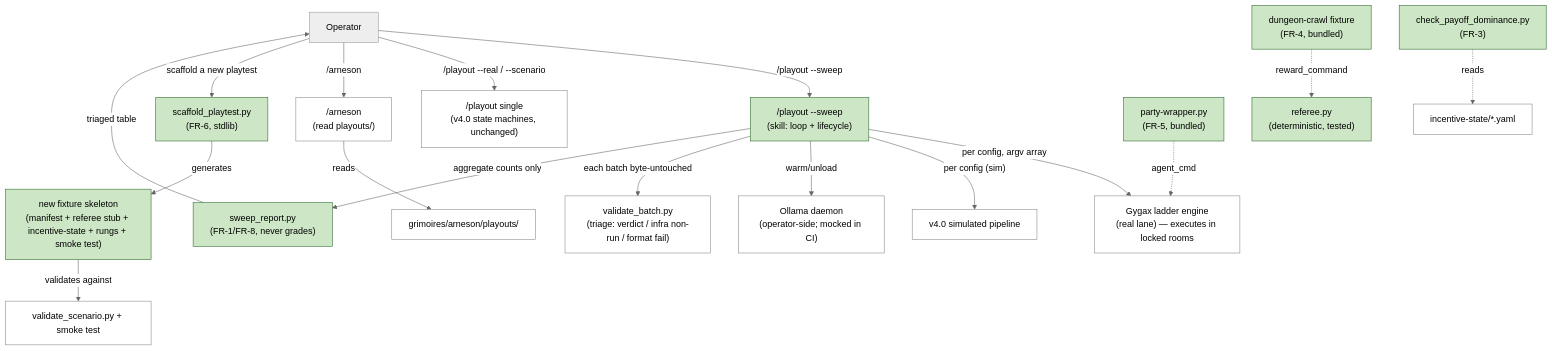
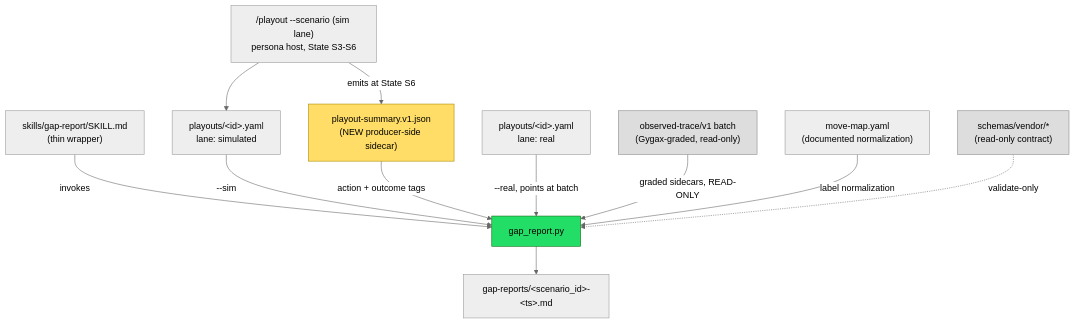
One commit to 0xHoneyJar/construct-arneson changed the first of 2 diagrams in grimoires/loa/sdd.md. Above: the diagram before and after it, drawn with Mermaid (neutral theme). The commit also changed other lines of this file and 6 other files, not shown here.

First line of the commit message:
chore(cycle-004): plan simulation-fidelity gap report (PRD/SDD/sprint)

````diff
--- a/grimoires/loa/sdd.md
+++ b/grimoires/loa/sdd.md
@@ -75,28 +124,29 @@
 ```mermaid
 graph TD
-    OP[Operator] -->|"/playout --sweep"| SWEEP["/playout --sweep<br/>(skill: loop + lifecycle)"]
-    OP -->|"/playout --real / --scenario"| PO["/playout single<br/>(v4.0 state machines, unchanged)"]
-    OP -->|"/arneson"| ARN["/arneson<br/>(read playouts/)"]
-    OP -->|"scaffold a new playtest"| SCAF["scaffold_playtest.py<br/>(FR-6, stdlib)"]
+    SIMHOST["/playout --scenario (sim lane)<br/>persona host, State S3-S6"]
+    SUMMARY["playout-summary.v1.json<br/>(NEW producer-side sidecar)"]
+    SIMREC["playouts/&lt;id&gt;.yaml<br/>lane: simulated"]
+    REALBATCH["observed-trace/v1 batch<br/>(Gygax-graded, read-only)"]
+    REALREC["playouts/&lt;id&gt;.yaml<br/>lane: real"]
+    MOVEMAP["move-map.yaml<br/>(documented normalization)"]
+    GAP["gap_report.py"]
+    REPORT["gap-reports/&lt;scenario_id&gt;-&lt;ts&gt;.md"]
+    SKILL["skills/gap-report/SKILL.md<br/>(thin wrapper)"]
+    VENDOR["schemas/vendor/*<br/>(read-only contract)"]
 
-    SWEEP -->|"per config, argv array"| ENG["Gygax ladder engine<br/>(real lane) — executes in locked rooms"]
-    SWEEP -->|"per config (sim)"| SIM["v4.0 simulated pipeline"]
-    SWEEP -->|"warm/unload"| OLL["Ollama daemon<br/>(operator-side; mocked in CI)"]
-    SWEEP -->|"each batch byte-untouched"| VB["validate_batch.py<br/>(triage: verdict / infra non-run / format fail)"]
-    SWEEP -->|"aggregate counts only"| SR["sweep_report.py<br/>(FR-1/FR-8, never grades)"]
-    SR -->|"triaged table"| OP
+    SIMHOST -->|emits at State S6| SUMMARY
+    SIMHOST --> SIMREC
+    SKILL -->|invokes| GAP
+    SIMREC -->|--sim| GAP
+    SUMMARY -->|action + outcome tags| GAP
+    REALREC -->|--real, points at batch| GAP
+    REALBATCH -->|graded sidecars, READ-ONLY| GAP
+    MOVEMAP -->|label normalization| GAP
+    VENDOR -.->|validate-only| GAP
+    GAP --> REPORT
 
-    SCAF -->|"generates"| FX["new fixture skeleton<br/>(manifest + referee stub + incentive-state + rungs + smoke test)"]
-    FX -->|"validates against"| GATE["validate_scenario.py + smoke test"]
-
-    DUN["dungeon-crawl fixture<br/>(FR-4, bundled)"] -.->|"reward_command"| REF["referee.py<br/>(deterministic, tested)"]
-    PARTY["party-wrapper.py<br/>(FR-5, bundled)"] -.->|"agent_cmd"| ENG
-    CHK["check_payoff_dominance.py<br/>(FR-3)"] -.->|"reads"| ISTATE["incentive-state/*.yaml"]
-
-    ARN -->|"reads"| PLOUT["grimoires/arneson/playouts/"]
-
-    classDef new fill:#cde6c5,stroke:#2d6a2d;
-    classDef ext fill:#fff,stroke:#888;
-    class SWEEP,SCAF,SR,FX,DUN,PARTY,CHK,REF new;
-    class PO,SIM,VB,ENG,ARN,OLL,GATE,ISTATE,PLOUT ext;
+    style GAP fill:#2d6,stroke:#161
+    style SUMMARY fill:#fd6,stroke:#a80
+    style REALBATCH fill:#ddd,stroke:#888
+    style VENDOR fill:#ddd,stroke:#888
 ```
````
